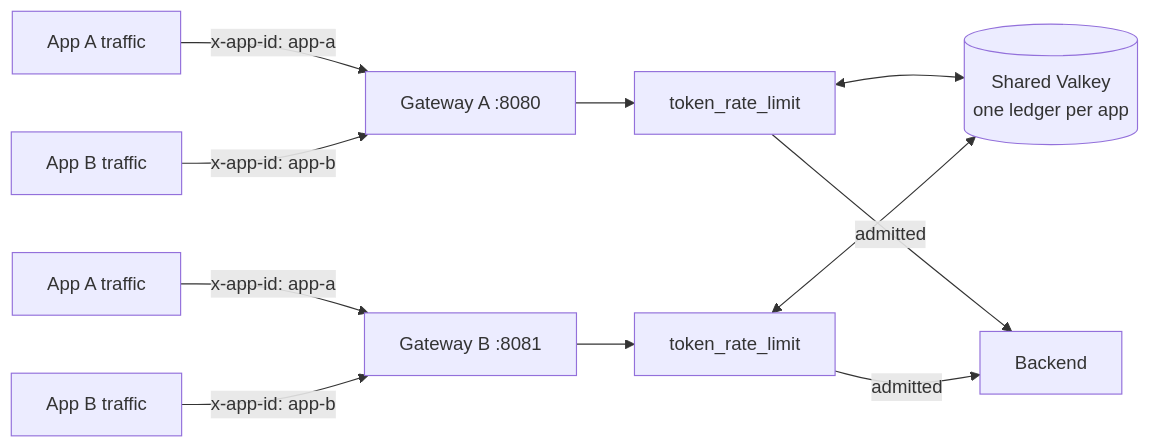
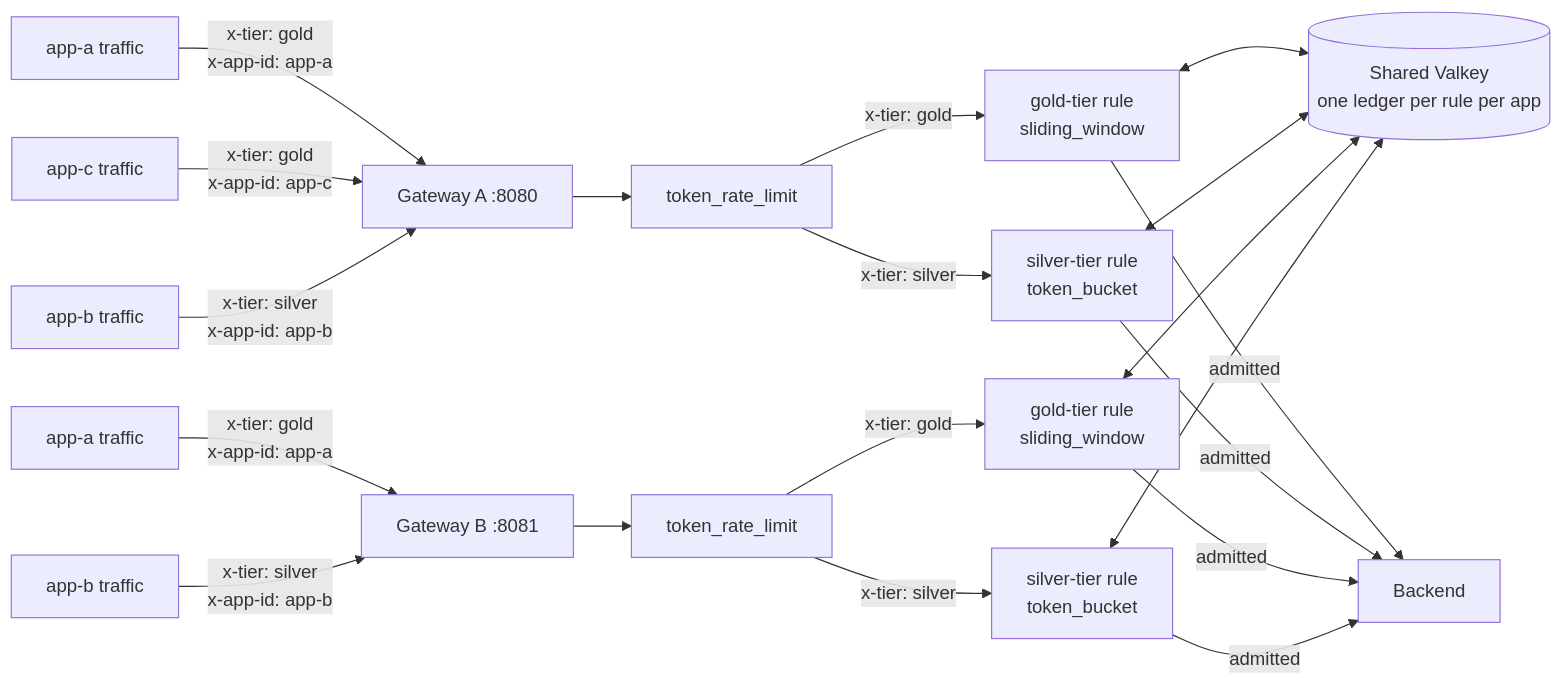
Before and after one commit to praxis-proxy/experimental: the diagram in demos/token-rate-limit-per-app-budgets/README.md, drawn with Mermaid. The commit also changed other lines of this file and 2 other files, not shown here.

First line of the commit message:
feat(demo): add mixed-algorithm scenario (sliding_window + token_bucket)

````diff
--- a/demos/token-rate-limit-per-app-budgets/README.md
+++ b/demos/token-rate-limit-per-app-budgets/README.md
@@ -61,15 +84,26 @@
 ```mermaid
 flowchart LR
-    A1[App A traffic] -->|x-app-id: app-a| GA[Gateway A :8080]
-    A2[App A traffic] -->|x-app-id: app-a| GB[Gateway B :8081]
-    B1[App B traffic] -->|x-app-id: app-b| GA
-    B1b[App B traffic] -->|x-app-id: app-b| GB
+    A1[app-a traffic] -->|x-tier: gold<br/>x-app-id: app-a| GA[Gateway A :8080]
+    A2[app-a traffic] -->|x-tier: gold<br/>x-app-id: app-a| GB[Gateway B :8081]
+    C1[app-c traffic] -->|x-tier: gold<br/>x-app-id: app-c| GA
+    B1[app-b traffic] -->|x-tier: silver<br/>x-app-id: app-b| GA
+    B1b[app-b traffic] -->|x-tier: silver<br/>x-app-id: app-b| GB
 
     GA --> TRLA[token_rate_limit]
     GB --> TRLB[token_rate_limit]
-    TRLA <--> V[(Shared Valkey<br/>one ledger per app)]
-    TRLB <--> V
 
-    TRLA -->|admitted| BE[Backend]
-    TRLB -->|admitted| BE
+    TRLA -->|x-tier: gold| RWA[gold-tier rule<br/>sliding_window]
+    TRLA -->|x-tier: silver| RSA[silver-tier rule<br/>token_bucket]
+    TRLB -->|x-tier: gold| RWB[gold-tier rule<br/>sliding_window]
+    TRLB -->|x-tier: silver| RSB[silver-tier rule<br/>token_bucket]
+
+    RWA <--> V[(Shared Valkey<br/>one ledger per rule per app)]
+    RSA <--> V
+    RWB <--> V
+    RSB <--> V
+
+    RWA -->|admitted| BE[Backend]
+    RSA -->|admitted| BE
+    RWB -->|admitted| BE
+    RSB -->|admitted| BE
 ```
````
